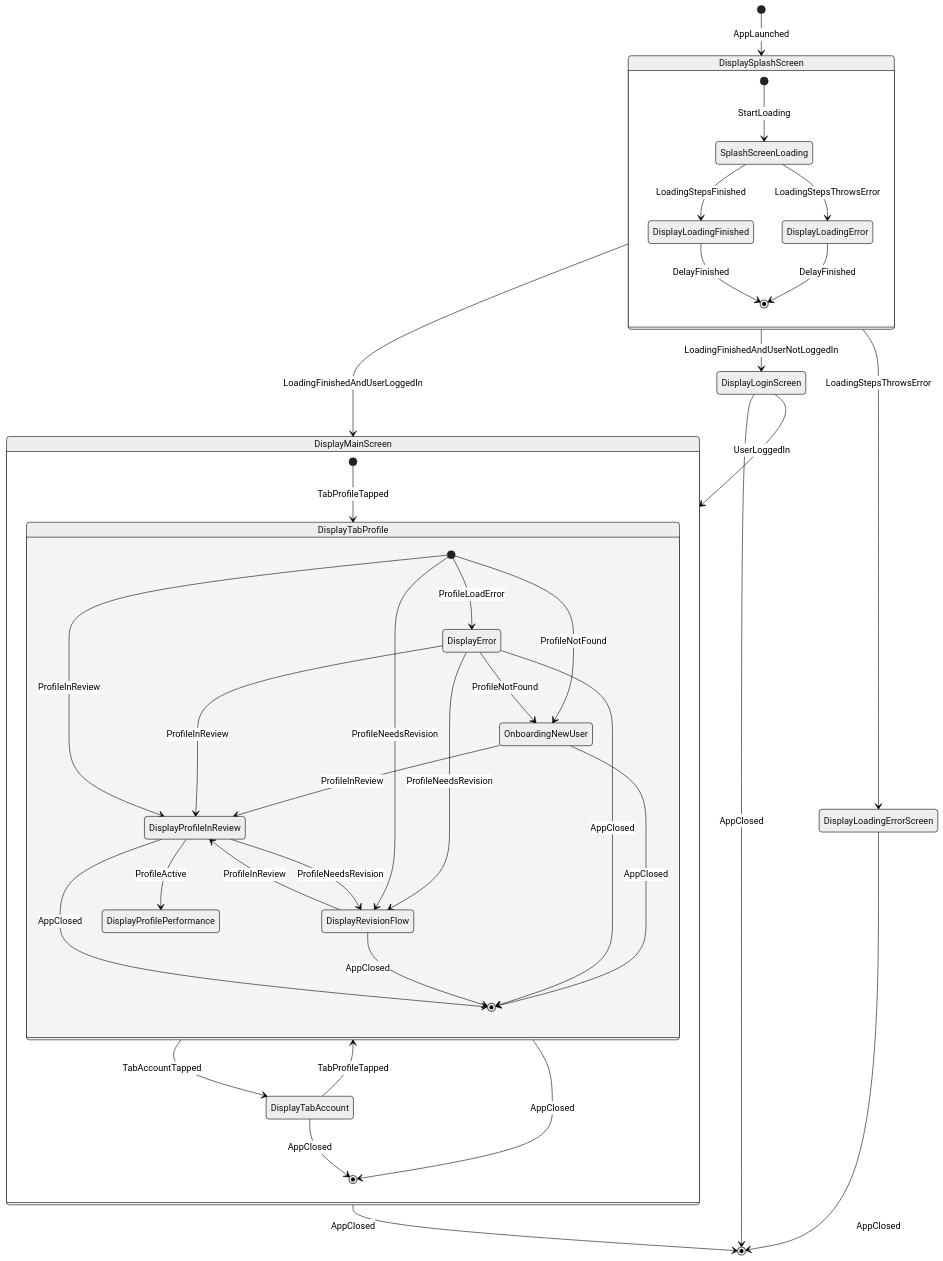
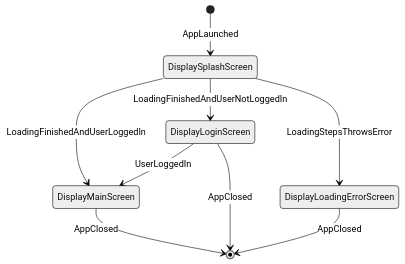
The first of 2 diagrams in flutter_solid/README.md (irwansyahwii/flutter-solid-dependency-injection), drawn with Mermaid (neutral theme) before and after one commit. The commit also changed other lines of this file and 1 other file, not shown here.

Commit message:
chore(README): add class diagram showing state classes

````diff
--- a/flutter_solid/README.md
+++ b/flutter_solid/README.md
@@ -10,63 +10,18 @@
 ```mermaid
 
 stateDiagram-v2  
   [*] --> DisplaySplashScreen : AppLaunched
 
 DisplaySplashScreen --> DisplayMainScreen : LoadingFinishedAndUserLoggedIn
 DisplaySplashScreen --> DisplayLoginScreen : LoadingFinishedAndUserNotLoggedIn
 DisplaySplashScreen --> DisplayLoadingErrorScreen: LoadingStepsThrowsError
 
 DisplayMainScreen --> [*] : AppClosed
 
 DisplayLoginScreen --> [*] : AppClosed
 DisplayLoginScreen --> DisplayMainScreen : UserLoggedIn
 
 DisplayLoadingErrorScreen --> [*] : AppClosed
 
-state DisplaySplashScreen {
-  [*] --> SplashScreenLoading : StartLoading
-
-  SplashScreenLoading --> DisplayLoadingFinished : LoadingStepsFinished
-  SplashScreenLoading --> DisplayLoadingError : LoadingStepsThrowsError
-
-  DisplayLoadingFinished --> [*] : DelayFinished
-  DisplayLoadingError --> [*] : DelayFinished
-}
-
-state DisplayMainScreen {
-  [*] --> DisplayTabProfile : TabProfileTapped
-
-  DisplayTabProfile --> DisplayTabAccount : TabAccountTapped
-  DisplayTabProfile --> [*] : AppClosed
-
-  DisplayTabAccount --> DisplayTabProfile : TabProfileTapped
-  DisplayTabAccount --> [*] : AppClosed
-
-  state DisplayTabProfile {
-    [*] --> OnboardingNewUser : ProfileNotFound
-
-    OnboardingNewUser --> DisplayProfileInReview : ProfileInReview
-    OnboardingNewUser --> [*] : AppClosed
-
-    [*] --> DisplayError : ProfileLoadError
-    DisplayError --> OnboardingNewUser : ProfileNotFound
-    DisplayError --> DisplayProfileInReview : ProfileInReview
-    DisplayError --> DisplayRevisionFlow : ProfileNeedsRevision
-    DisplayError --> [*] : AppClosed
-
-    [*] --> DisplayRevisionFlow : ProfileNeedsRevision
-    DisplayRevisionFlow --> DisplayProfileInReview : ProfileInReview
-    DisplayRevisionFlow --> [*] : AppClosed
-
-    [*] --> DisplayProfileInReview : ProfileInReview
-    DisplayProfileInReview --> DisplayRevisionFlow : ProfileNeedsRevision
-    DisplayProfileInReview --> DisplayProfilePerformance : ProfileActive
-    DisplayProfileInReview --> [*] : AppClosed
-
-
-
-  }
-
-}
 
 ```
````
